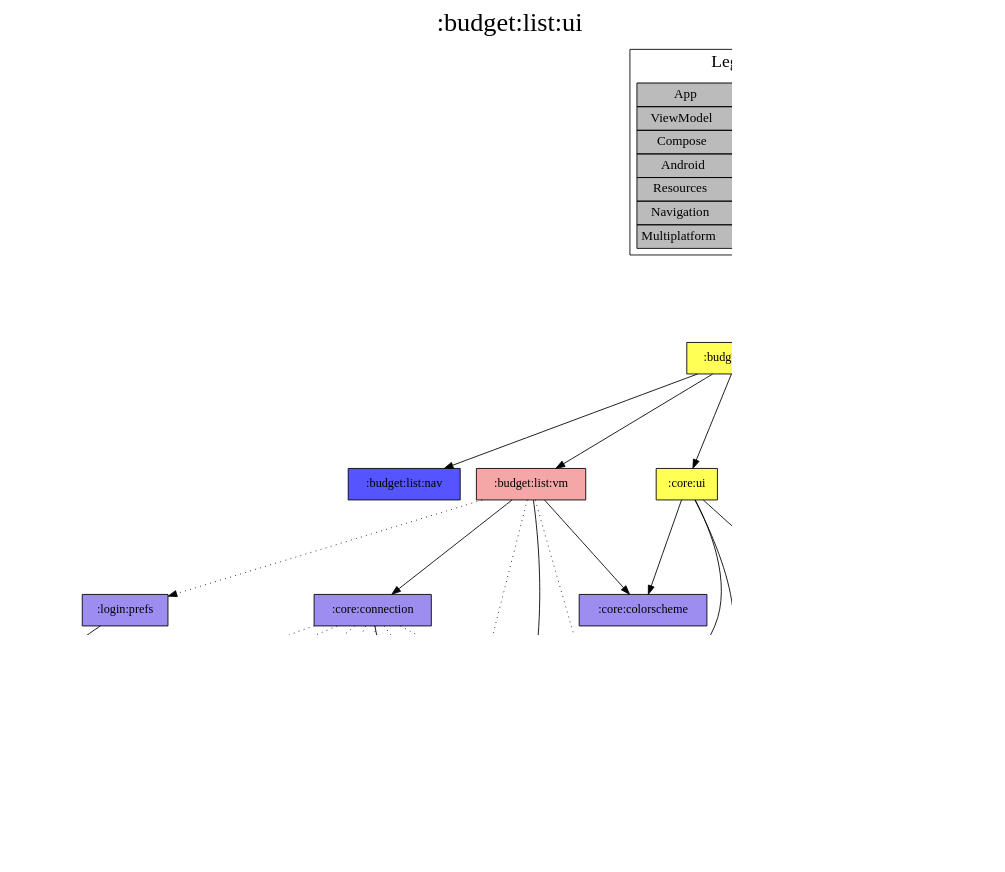
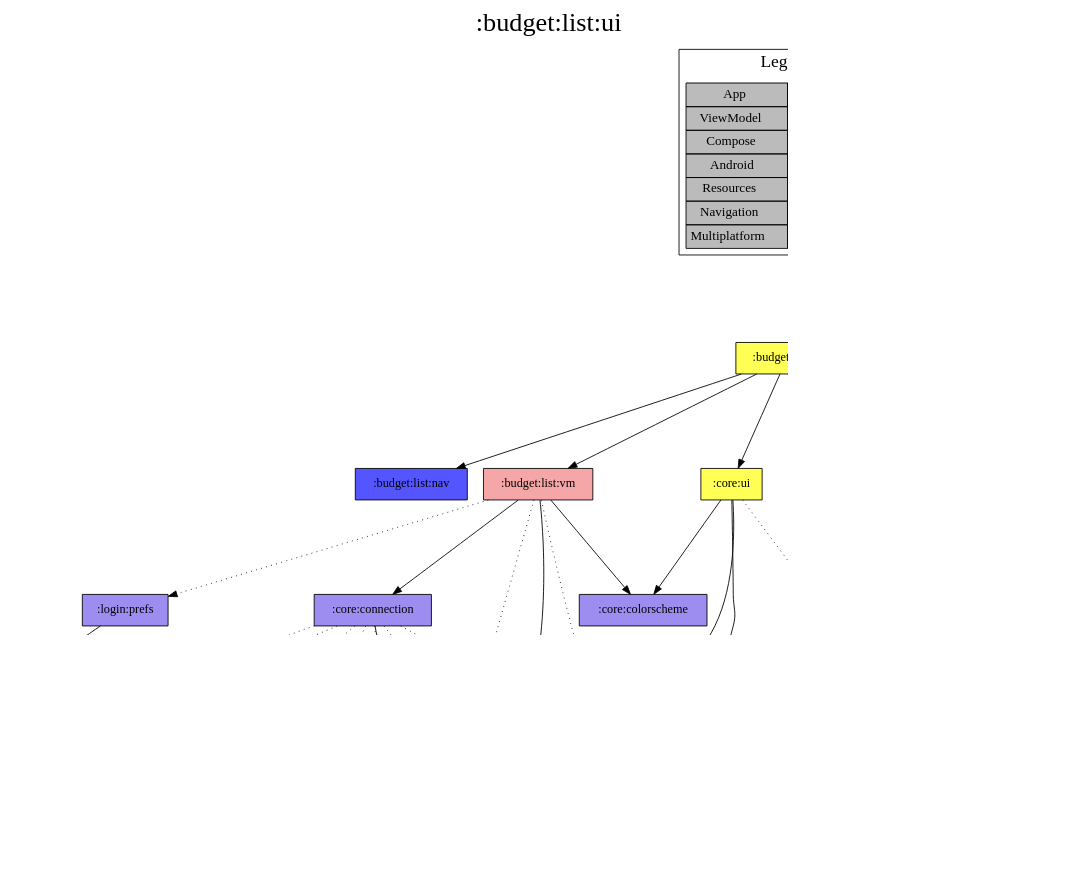
One commit to jonapoul/aktual changed the diagram in modules/budget/list/ui/project-dependency-graph.dot. Above: the diagram before and after it, drawn with Graphviz. The commit also changed 32 other files, not shown here.

```diff
--- a/modules/budget/list/ui/project-dependency-graph.dot
+++ b/modules/budget/list/ui/project-dependency-graph.dot
@@ -1,75 +1,76 @@
 digraph {
 edge ["dir"="forward"]
 graph ["dpi"="100","label"=":budget:list:ui","labelloc"="t","fontsize"="30","ranksep"="1.5","rankdir"="TB"]
 node ["style"="filled"]
 ":budget:list:ui" ["fillcolor"="#FFFF55","shape"="box"]
 ":budget:list:nav" ["fillcolor"="#5555FF","shape"="box"]
 ":budget:list:vm" ["fillcolor"="#F5A6A6","shape"="box"]
 ":core:colorscheme" ["fillcolor"="#9D8DF1","shape"="box"]
 ":core:connection" ["fillcolor"="#9D8DF1","shape"="box"]
 ":core:buildconfig" ["fillcolor"="#9D8DF1","shape"="box"]
 ":api:actual" ["fillcolor"="#9D8DF1","shape"="box"]
 ":login:model" ["fillcolor"="#9D8DF1","shape"="box"]
 ":url:model" ["fillcolor"="#9D8DF1","shape"="box"]
 ":api:core" ["fillcolor"="#9D8DF1","shape"="box"]
 ":core:log" ["fillcolor"="#9D8DF1","shape"="box"]
 ":core:coroutines" ["fillcolor"="#9D8DF1","shape"="box"]
 ":core:versions" ["fillcolor"="#9D8DF1","shape"="box"]
 ":url:prefs" ["fillcolor"="#9D8DF1","shape"="box"]
 ":login:prefs" ["fillcolor"="#9D8DF1","shape"="box"]
 ":core:ui" ["fillcolor"="#FFFF55","shape"="box"]
 ":core:res" ["fillcolor"="#00FFFF","shape"="box"]
 ":budget:list:res" ["fillcolor"="#00FFFF","shape"="box"]
 ":login:nav" ["fillcolor"="#5555FF","shape"="box"]
 ":url:nav" ["fillcolor"="#5555FF","shape"="box"]
 {
 edge ["dir"="none"]
 graph ["rank"="same"]
 }
 ":budget:list:ui" -> ":budget:list:nav"
 ":budget:list:ui" -> ":budget:list:vm"
 ":budget:list:ui" -> ":core:ui"
 ":budget:list:ui" -> ":budget:list:res" ["style"="dotted"]
+":budget:list:ui" -> ":core:res" ["style"="dotted"]
 ":budget:list:ui" -> ":login:nav" ["style"="dotted"]
 ":budget:list:ui" -> ":url:nav" ["style"="dotted"]
 ":budget:list:vm" -> ":core:colorscheme"
 ":budget:list:vm" -> ":core:connection"
 ":budget:list:vm" -> ":url:model"
 ":budget:list:vm" -> ":core:versions" ["style"="dotted"]
 ":budget:list:vm" -> ":login:prefs" ["style"="dotted"]
 ":budget:list:vm" -> ":url:prefs" ["style"="dotted"]
 ":core:connection" -> ":core:buildconfig"
 ":core:connection" -> ":api:actual" ["style"="dotted"]
 ":core:connection" -> ":api:core" ["style"="dotted"]
 ":core:connection" -> ":core:coroutines" ["style"="dotted"]
 ":core:connection" -> ":core:log" ["style"="dotted"]
 ":core:connection" -> ":core:versions" ["style"="dotted"]
 ":core:connection" -> ":url:model" ["style"="dotted"]
 ":core:connection" -> ":url:prefs" ["style"="dotted"]
 ":api:actual" -> ":login:model"
 ":api:actual" -> ":url:model"
 ":api:core" -> ":core:log"
 ":api:core" -> ":url:model"
 ":core:versions" -> ":core:buildconfig"
 ":url:prefs" -> ":url:model"
 ":login:prefs" -> ":login:model"
 ":core:ui" -> ":core:colorscheme"
-":core:ui" -> ":core:res"
 ":core:ui" -> ":core:versions"
 ":core:ui" -> ":url:model"
+":core:ui" -> ":core:res" ["style"="dotted"]
 subgraph "cluster_legend" {
 edge ["dir"="none"]
 graph ["label"="Legend","fontsize"="20"]
 "Legend" ["style"="filled","fillcolor"="#bbbbbb","shape"="none","margin"="0","fontsize"="15","label"=<
 <TABLE BORDER="0" CELLBORDER="1" CELLSPACING="0" CELLPADDING="4">
 <TR><TD>App</TD><TD BGCOLOR="#FF5555">module-name</TD></TR>
 <TR><TD>ViewModel</TD><TD BGCOLOR="#F5A6A6">module-name</TD></TR>
 <TR><TD>Compose</TD><TD BGCOLOR="#FFFF55">module-name</TD></TR>
 <TR><TD>Android</TD><TD BGCOLOR="#55FF55">module-name</TD></TR>
 <TR><TD>Resources</TD><TD BGCOLOR="#00FFFF">module-name</TD></TR>
 <TR><TD>Navigation</TD><TD BGCOLOR="#5555FF">module-name</TD></TR>
 <TR><TD>Multiplatform</TD><TD BGCOLOR="#9D8DF1">module-name</TD></TR>
 </TABLE>
 >]
 } -> ":budget:list:ui" ["style"="invis"]
 }
```
